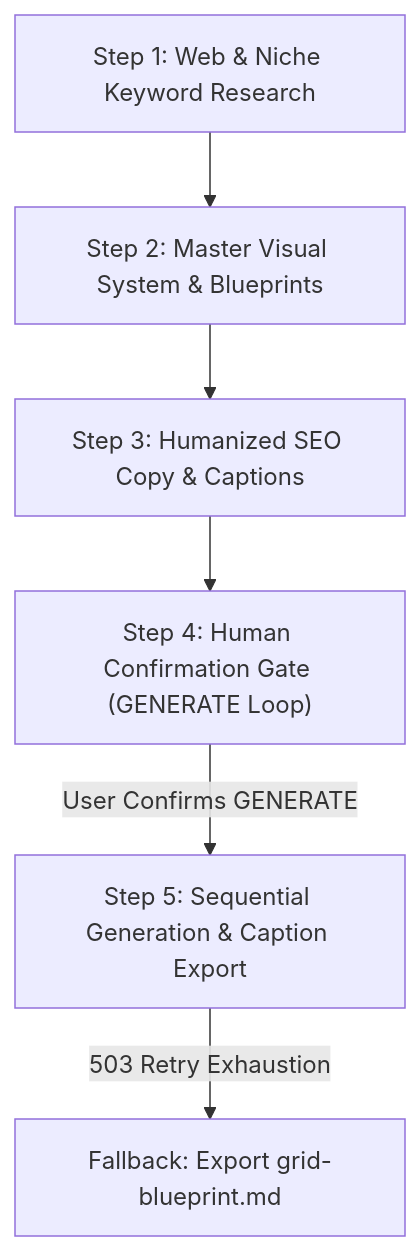
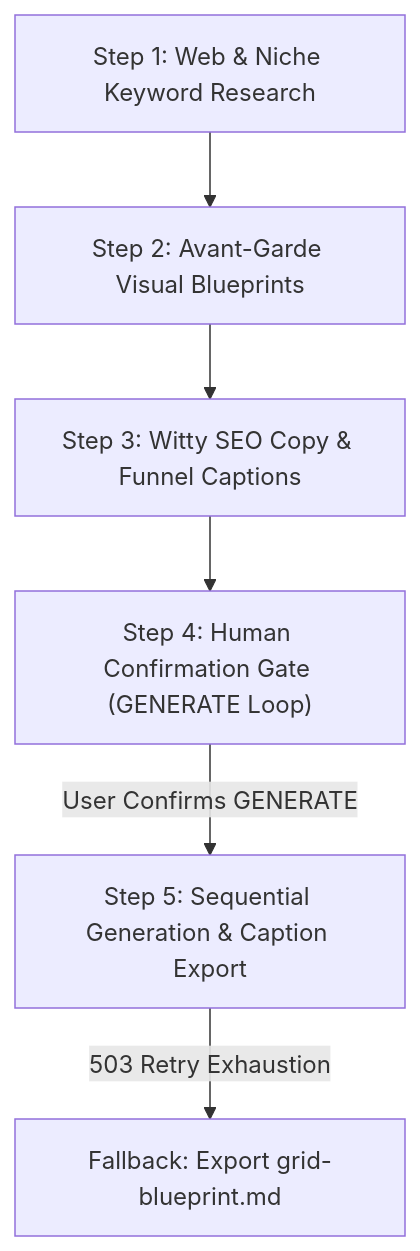
Before and after one commit to fryawhd-ctrl/ig-grid-brainstorm: the diagram in SKILL.md, drawn with Mermaid. The commit also changed other lines of this file and 6 other files, not shown here.

Commit message:
Adopt avant-garde art direction, 6 universal conceptual lenses, and consumer tech demo

````diff
--- a/SKILL.md
+++ b/SKILL.md
@@ -45,8 +62,8 @@
 ```mermaid
 flowchart TD
-    S1["Step 1: Web & Niche Keyword Research"] --> S2["Step 2: Master Visual System & Blueprints"]
-    S2 --> S3["Step 3: Humanized SEO Copy & Captions"]
+    S1["Step 1: Web & Niche Keyword Research"] --> S2["Step 2: Avant-Garde Visual Blueprints"]
+    S2 --> S3["Step 3: Witty SEO Copy & Funnel Captions"]
     S3 --> S4["Step 4: Human Confirmation Gate (GENERATE Loop)"]
     S4 -->|User Confirms GENERATE| S5["Step 5: Sequential Generation & Caption Export"]
     S5 -->|503 Retry Exhaustion| F["Fallback: Export grid-blueprint.md"]
 ```
````
